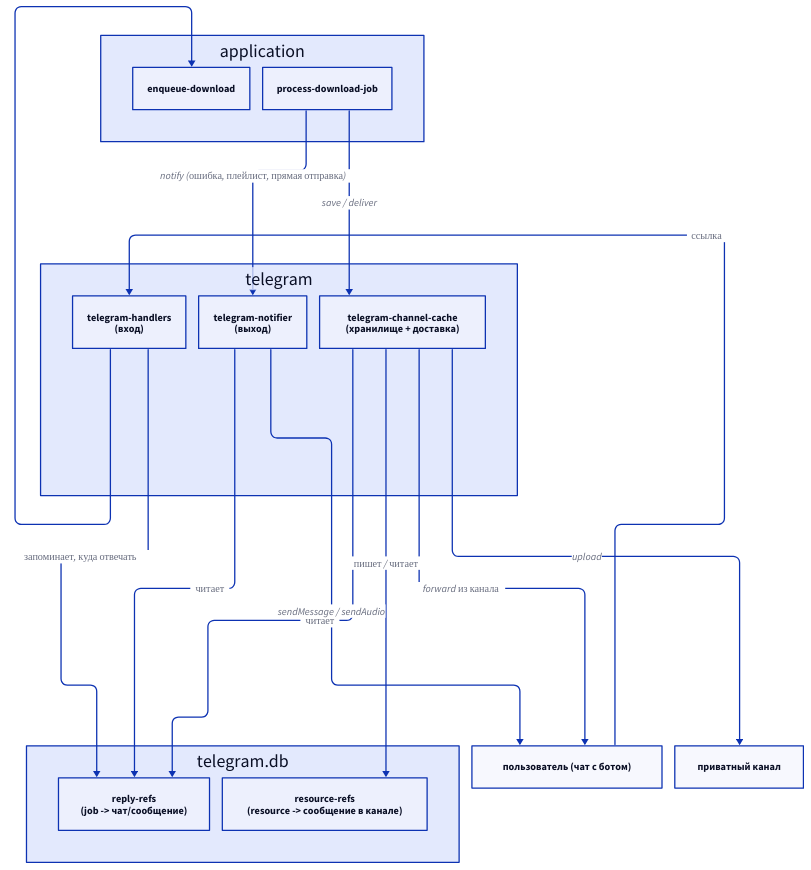
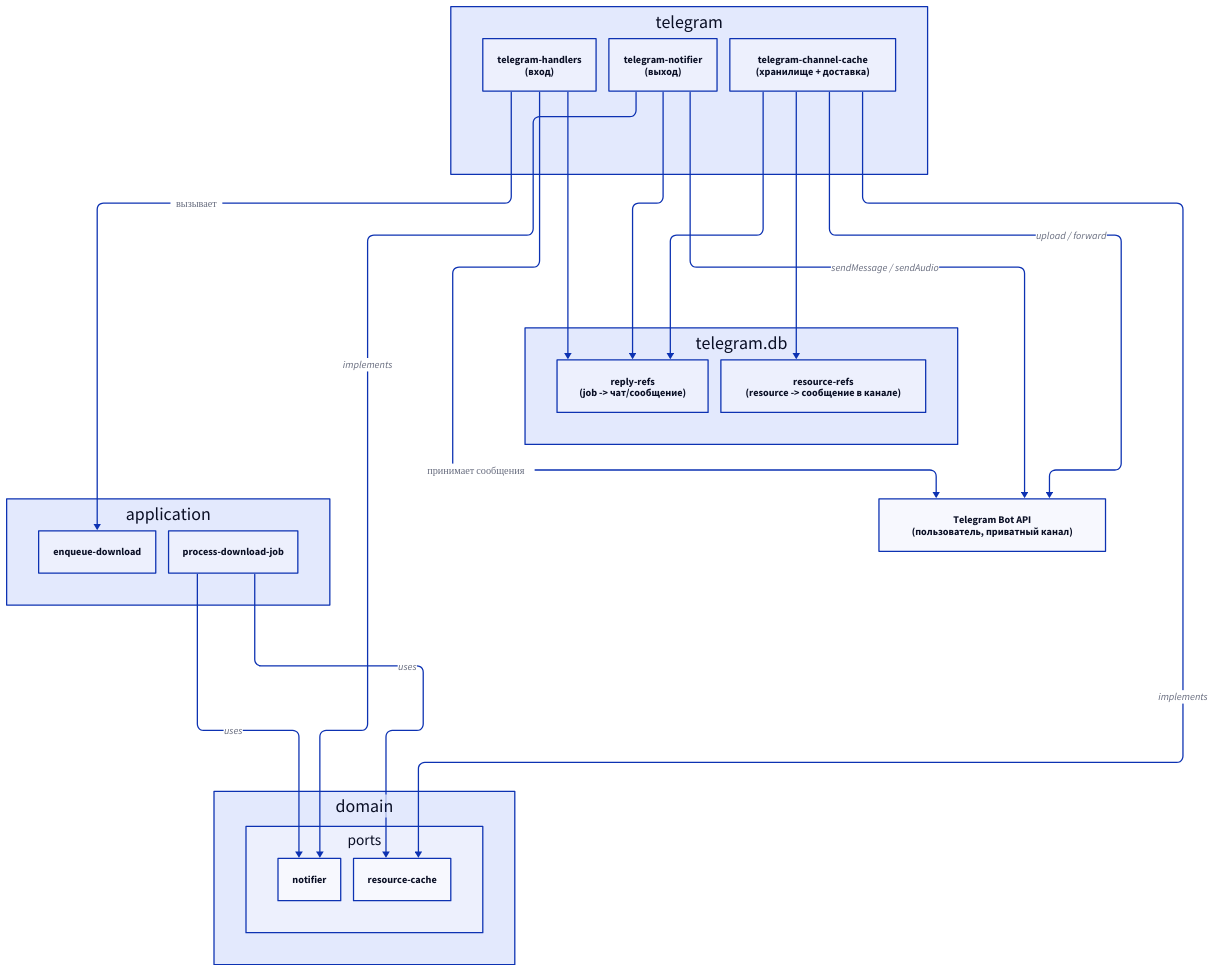
The diagram in docs/diagrams/core_infrastructure_telegram.d2 (iwwwanow/kanalveschaniya), drawn with D2 before and after one commit.

Commit message:
docs(diagrams): telegram diagram shows dependency direction only
Arrows from application to telegram-notifier/channel-cache showed runtime
calls and read as application depending on infrastructure. All arrows are now
dependencies (inward); application reaches the adapters via domain ports.

```diff
--- a/docs/diagrams/core_infrastructure_telegram.d2
+++ b/docs/diagrams/core_infrastructure_telegram.d2
@@ -1,43 +1,55 @@
 vars: {
   d2-config: {
     layout-engine: elk
   }
 }
 
 direction: down
 
-# Вопрос диаграммы: где Telegram подключается к приложению. Три шва:
-# вход (ссылка от пользователя), выход (сообщение пользователю), хранилище + доставка (канал).
-
-user: "пользователь (чат с ботом)"
-channel: "приватный канал"
+# Вопрос диаграммы: где Telegram подключается к приложению (три шва: вход, выход,
+# хранилище + доставка). ВСЕ стрелки — направление зависимости в коде: внутрь,
+# infrastructure -> application/domain. Потоки данных во время работы по ним не читать:
+# application вызывает адаптеры только через порты домена.
 
 application: {
   enqueue-download
   process-download-job
+}
+
+domain.ports: {
+  notifier
+  resource-cache
 }
 
 telegram: {
   telegram-handlers: "telegram-handlers\n(вход)"
   telegram-notifier: "telegram-notifier\n(выход)"
   telegram-channel-cache: "telegram-channel-cache\n(хранилище + доставка)"
 }
 
 telegram-db: "telegram.db" {
   reply-refs: "reply-refs\n(job -> чат/сообщение)"
   resource-refs: "resource-refs\n(resource -> сообщение в канале)"
 }
 
-user -> telegram.telegram-handlers: ссылка
-telegram.telegram-handlers -> application.enqueue-download
-telegram.telegram-handlers -> telegram-db.reply-refs: "запоминает, куда отвечать"
+bot-api: "Telegram Bot API\n(пользователь, приватный канал)"
 
-application.process-download-job -> telegram.telegram-notifier: "notify (ошибка, плейлист, прямая отправка)"
-telegram.telegram-notifier -> user: "sendMessage / sendAudio"
-telegram.telegram-notifier -> telegram-db.reply-refs: читает
+# вход
+telegram.telegram-handlers -> application.enqueue-download: вызывает
 
-application.process-download-job -> telegram.telegram-channel-cache: "save / deliver"
-telegram.telegram-channel-cache -> channel: "upload"
-telegram.telegram-channel-cache -> user: "forward из канала"
-telegram.telegram-channel-cache -> telegram-db.resource-refs: "пишет / читает"
-telegram.telegram-channel-cache -> telegram-db.reply-refs: читает
+# выход и хранилище: application знает порт, адаптер его реализует
+application.process-download-job -> domain.ports.notifier: uses
+telegram.telegram-notifier -> domain.ports.notifier: implements
+application.process-download-job -> domain.ports.resource-cache: uses
+telegram.telegram-channel-cache -> domain.ports.resource-cache: implements
+
+# состояние telegram-слоя
+telegram.telegram-handlers -> telegram-db.reply-refs
+telegram.telegram-notifier -> telegram-db.reply-refs
+telegram.telegram-channel-cache -> telegram-db.reply-refs
+telegram.telegram-channel-cache -> telegram-db.resource-refs
+
+# внешняя система
+telegram.telegram-handlers -> bot-api: "принимает сообщения"
+telegram.telegram-notifier -> bot-api: "sendMessage / sendAudio"
+telegram.telegram-channel-cache -> bot-api: "upload / forward"
```
